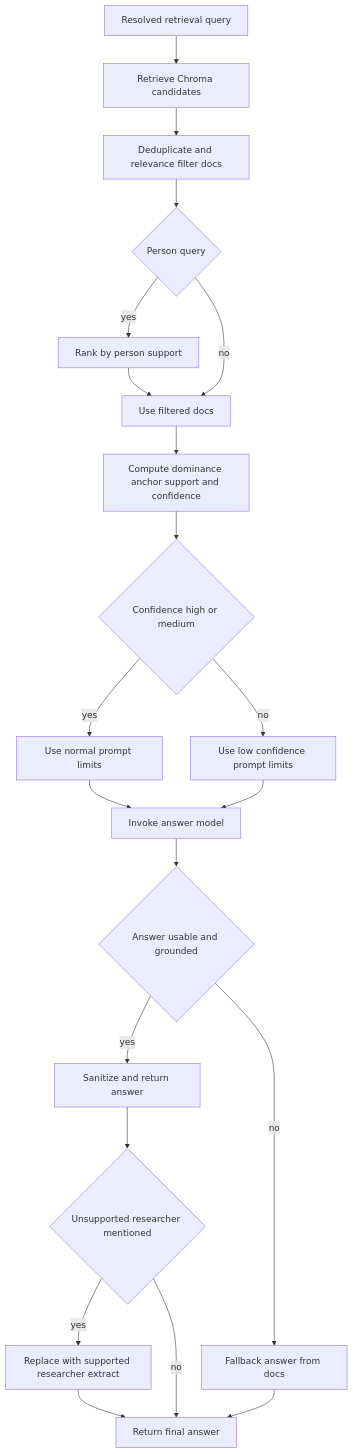
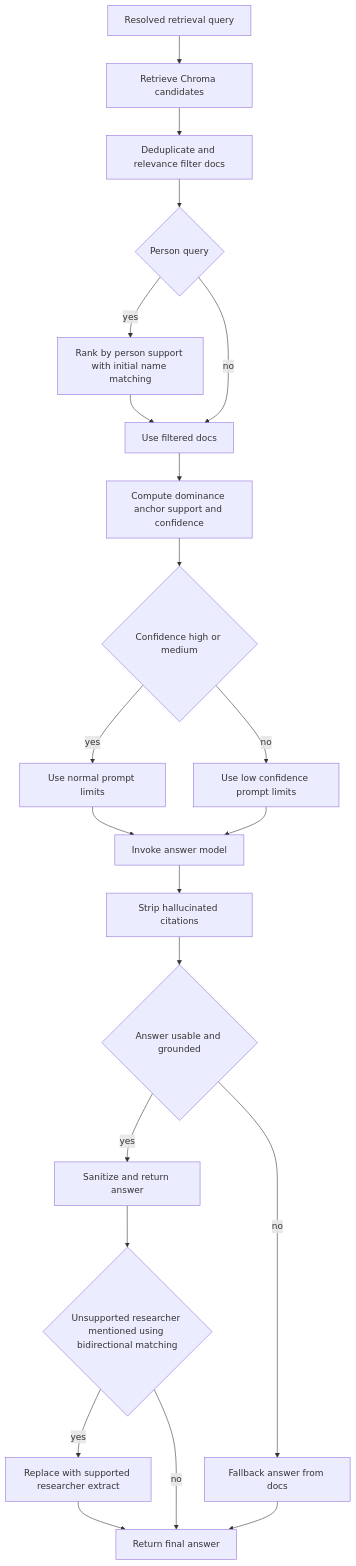
One commit to SyracuseUniversity/research-llm changed the third of 3 diagrams in rag/README.md. Above: the diagram before and after it, drawn with Mermaid. The commit also changed other lines of this file and 11 other files, not shown here.

````diff
--- a/rag/README.md
+++ b/rag/README.md
@@ -202,23 +207,24 @@
 ```mermaid
 flowchart TD
     Q0[Resolved retrieval query] --> R1[Retrieve Chroma candidates]
     R1 --> R2[Deduplicate and relevance filter docs]
     R2 --> P{Person query}
-    P -->|yes| P1[Rank by person support]
+    P -->|yes| P1[Rank by person support with initial name matching]
     P -->|no| D1[Use filtered docs]
     P1 --> D1
     D1 --> C1[Compute dominance anchor support and confidence]
     C1 --> C2{Confidence high or medium}
     C2 -->|yes| G1[Use normal prompt limits]
     C2 -->|no| G2[Use low confidence prompt limits]
     G1 --> L1[Invoke answer model]
     G2 --> L1
-    L1 --> A1{Answer usable and grounded}
+    L1 --> H1[Strip hallucinated citations]
+    H1 --> A1{Answer usable and grounded}
     A1 -->|yes| A2[Sanitize and return answer]
     A1 -->|no| F1[Fallback answer from docs]
-    A2 --> A3{Unsupported researcher mentioned}
+    A2 --> A3{Unsupported researcher mentioned using bidirectional matching}
     A3 -->|yes| F2[Replace with supported researcher extract]
     A3 -->|no| DONE[Return final answer]
     F1 --> DONE
     F2 --> DONE
 ```
````
